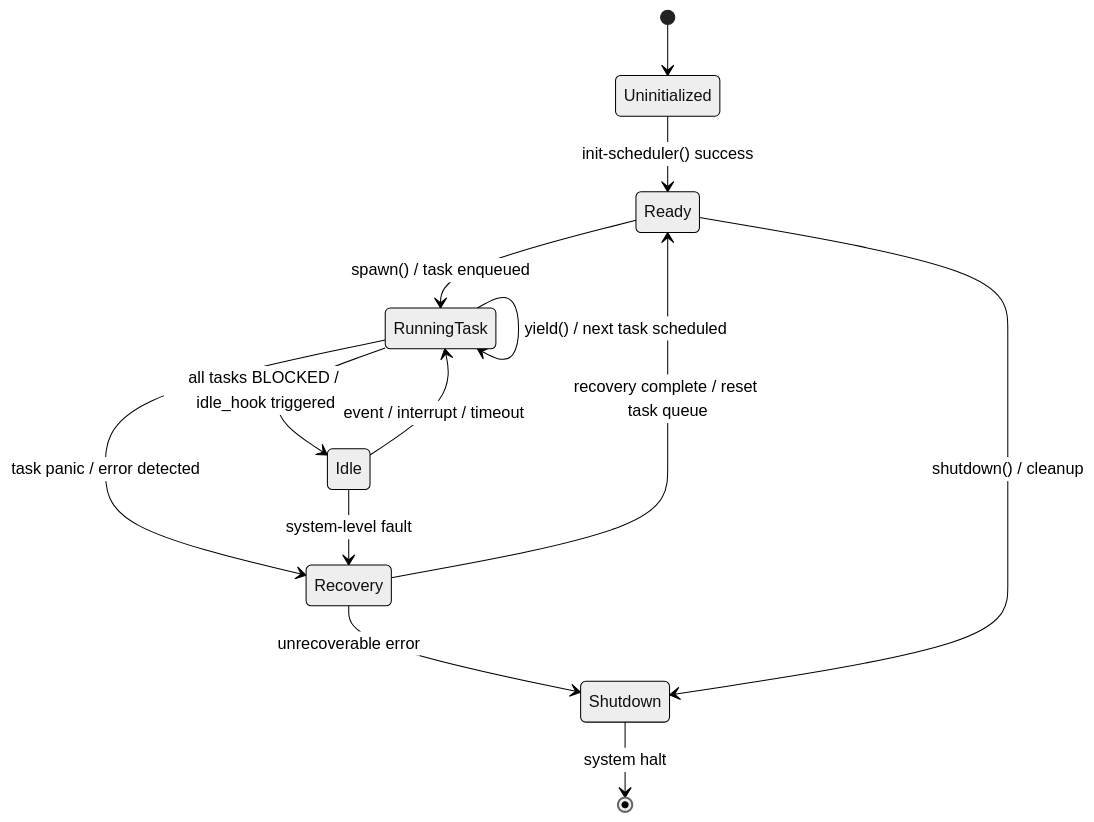
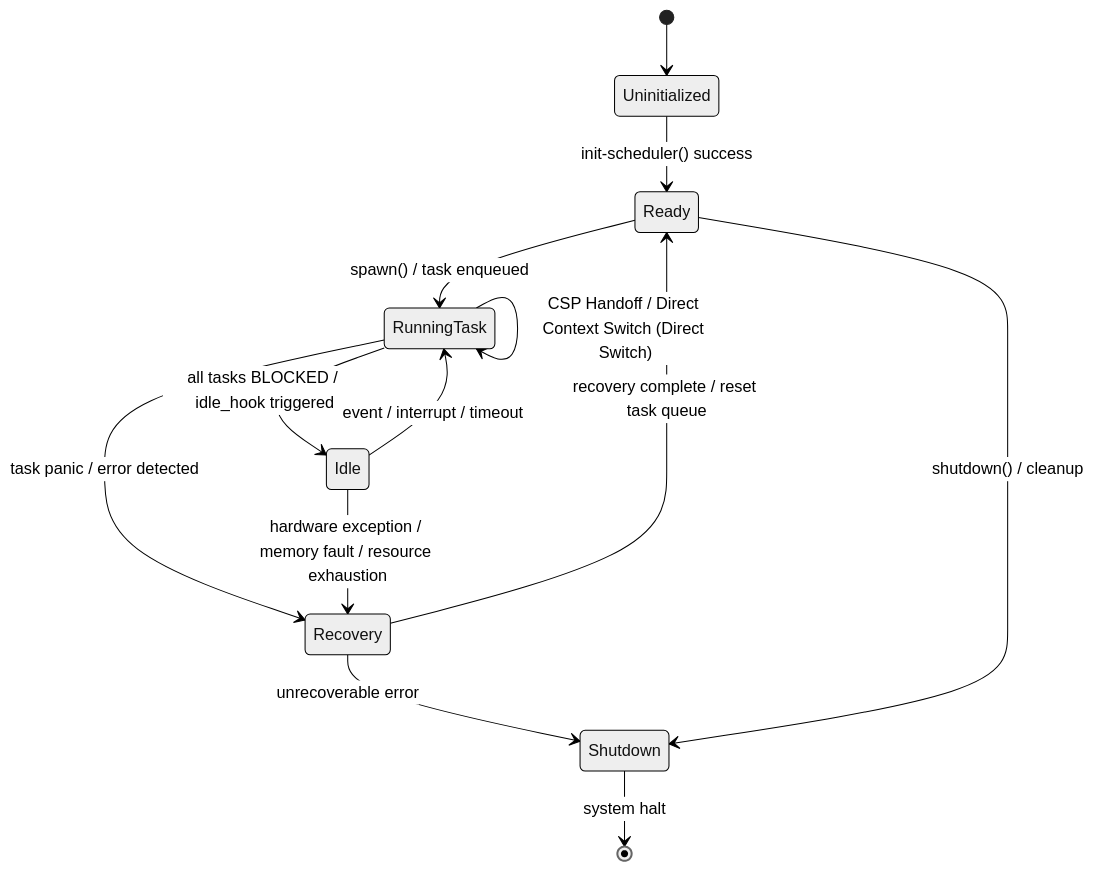
The second of 3 diagrams in docs/components/core/os_coos.md (kmt-t/fireball), drawn with Mermaid (neutral theme) before and after one commit. The commit also changed other lines of this file and 44 other files, not shown here.

````diff
--- a/docs/components/core/os_coos.md
+++ b/docs/components/core/os_coos.md
@@ -95,21 +112,21 @@
 ```mermaid
 stateDiagram-v2
     [*] --> Uninitialized
     
     Uninitialized --> Ready: init-scheduler() success
-    
     Ready --> RunningTask: spawn() / task enqueued
     RunningTask --> RunningTask: yield() / next task scheduled
+    RunningTask --> RunningTask: CSP Handoff / Direct Context Switch (Direct Switch)
     RunningTask --> Idle: all tasks BLOCKED / idle_hook triggered
     
     Idle --> RunningTask: event / interrupt / timeout
     
     RunningTask --> Recovery: task panic / error detected
-    Idle --> Recovery: system-level fault
+    Idle --> Recovery: hardware exception / memory fault / resource exhaustion
     
     Recovery --> Ready: recovery complete / reset task queue
     Recovery --> Shutdown: unrecoverable error
     
     Ready --> Shutdown: shutdown() / cleanup
     Shutdown --> [*]: system halt
 ```
````
